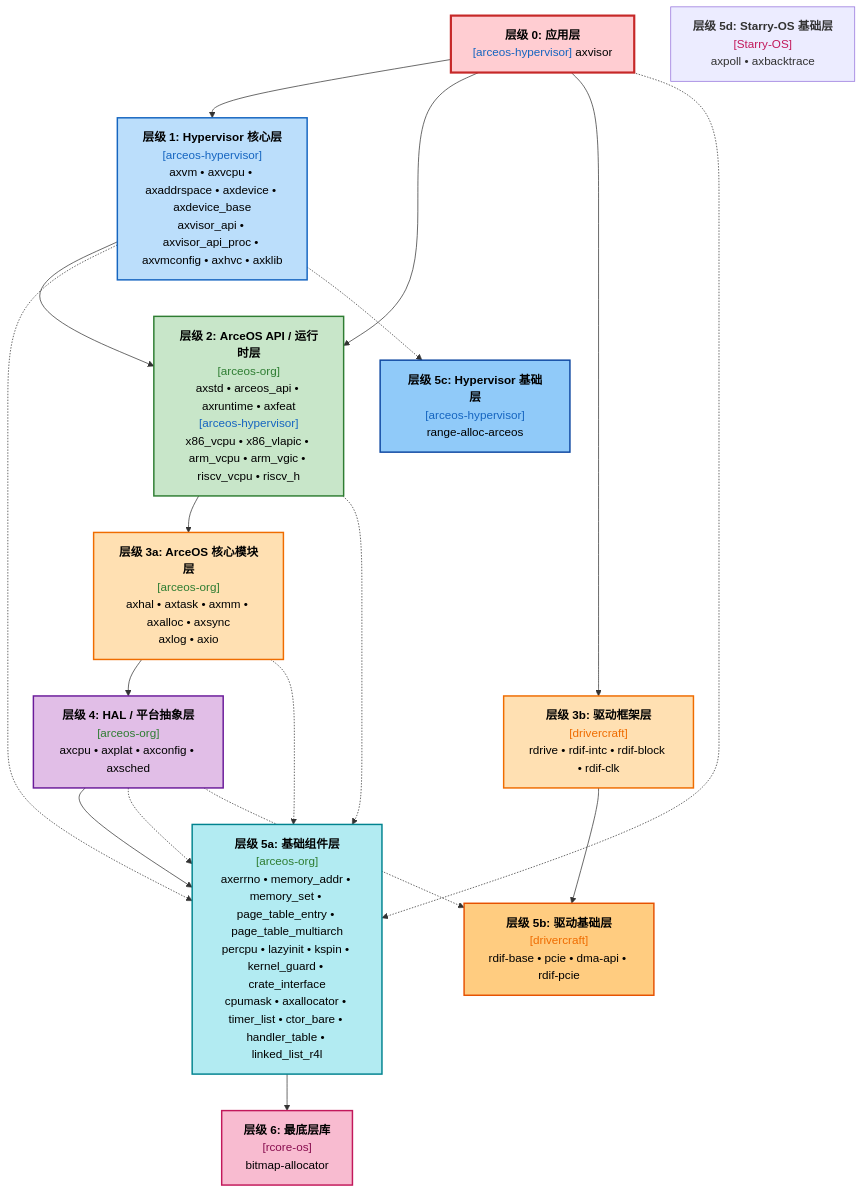
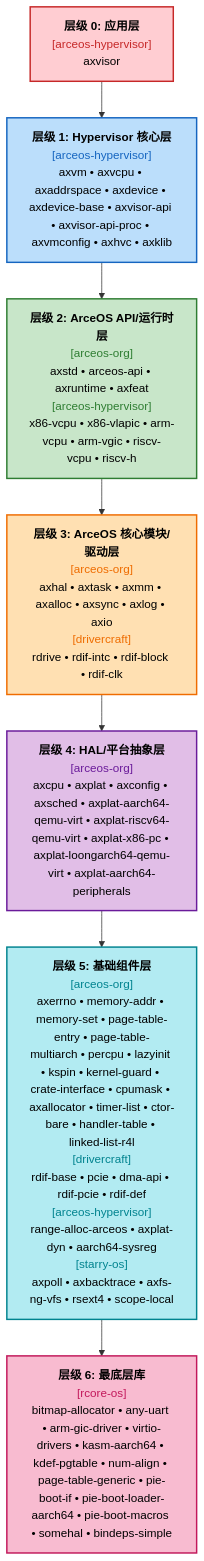
The second of 2 diagrams in docs/axvisor-dependency.md (arceos-hypervisor/axcrates), drawn with Mermaid before and after one commit. The commit also changed other lines of this file, not shown here.

````diff
--- a/docs/axvisor-dependency.md
+++ b/docs/axvisor-dependency.md
@@ -998,65 +626,32 @@
 ```mermaid
-flowchart TD
-    direction TB
-    
-    L0["<b>层级 0: 应用层</b><br/><font color='#1565c0'>[arceos-hypervisor]</font> axvisor"]
-    
-    L1["<b>层级 1: Hypervisor 核心层</b><br/><font color='#1565c0'>[arceos-hypervisor]</font><br/>axvm • axvcpu • axaddrspace • axdevice • axdevice_base<br/>axvisor_api • axvisor_api_proc • axvmconfig • axhvc • axklib"]
-    
-    L2["<b>层级 2: ArceOS API / 运行时层</b><br/><font color='#2e7d32'>[arceos-org]</font><br/>axstd • arceos_api • axruntime • axfeat<br/><font color='#1565c0'>[arceos-hypervisor]</font><br/>x86_vcpu • x86_vlapic • arm_vcpu • arm_vgic • riscv_vcpu • riscv_h"]
-    
-    L3A["<b>层级 3a: ArceOS 核心模块层</b><br/><font color='#2e7d32'>[arceos-org]</font><br/>axhal • axtask • axmm • axalloc • axsync<br/>axlog • axio"]
-    
-    L3B["<b>层级 3b: 驱动框架层</b><br/><font color='#ef6c00'>[drivercraft]</font><br/>rdrive • rdif-intc • rdif-block • rdif-clk"]
-    
-    L4["<b>层级 4: HAL / 平台抽象层</b><br/><font color='#2e7d32'>[arceos-org]</font><br/>axcpu • axplat • axconfig • axsched"]
-    
-    L5A["<b>层级 5a: 基础组件层</b><br/><font color='#2e7d32'>[arceos-org]</font><br/>axerrno • memory_addr • memory_set • page_table_entry • page_table_multiarch<br/>percpu • lazyinit • kspin • kernel_guard • crate_interface<br/>cpumask • axallocator • timer_list • ctor_bare • handler_table • linked_list_r4l"]
-    
-    L5B["<b>层级 5b: 驱动基础层</b><br/><font color='#ef6c00'>[drivercraft]</font><br/>rdif-base • pcie • dma-api • rdif-pcie"]
-    
-    L5C["<b>层级 5c: Hypervisor 基础层</b><br/><font color='#1565c0'>[arceos-hypervisor]</font><br/>range-alloc-arceos"]
-    
-    L5D["<b>层级 5d: Starry-OS 基础层</b><br/><font color='#c2185b'>[Starry-OS]</font><br/>axpoll • axbacktrace"]
-    
-    L6["<b>层级 6: 最底层库</b><br/><font color='#880e4f'>[rcore-os]</font><br/>bitmap-allocator"]
+flowchart TB
+    L0["<b>层级 0: 应用层</b><br/><font color="#c62828">[arceos-hypervisor]</font><br/>axvisor"]
+    L1["<b>层级 1: Hypervisor 核心层</b><br/><font color="#1565c0">[arceos-hypervisor]</font><br/>axvm • axvcpu • axaddrspace • axdevice • axdevice-base • axvisor-api • axvisor-api-proc • axvmconfig • axhvc • axklib"]
+    L2["<b>层级 2: ArceOS API/运行时层</b><br/><font color="#2e7d32">[arceos-org]</font><br/>axstd • arceos-api • axruntime • axfeat<br/><font color="#2e7d32">[arceos-hypervisor]</font><br/>x86-vcpu • x86-vlapic • arm-vcpu • arm-vgic • riscv-vcpu • riscv-h"]
+    L3["<b>层级 3: ArceOS 核心模块/驱动层</b><br/><font color="#ef6c00">[arceos-org]</font><br/>axhal • axtask • axmm • axalloc • axsync • axlog • axio<br/><font color="#ef6c00">[drivercraft]</font><br/>rdrive • rdif-intc • rdif-block • rdif-clk"]
+    L4["<b>层级 4: HAL/平台抽象层</b><br/><font color="#6a1b9a">[arceos-org]</font><br/>axcpu • axplat • axconfig • axsched • axplat-aarch64-qemu-virt • axplat-riscv64-qemu-virt • axplat-x86-pc • axplat-loongarch64-qemu-virt • axplat-aarch64-peripherals"]
+    L5["<b>层级 5: 基础组件层</b><br/><font color="#00838f">[arceos-org]</font><br/>axerrno • memory-addr • memory-set • page-table-entry • page-table-multiarch • percpu • lazyinit • kspin • kernel-guard • crate-interface • cpumask • axallocator • timer-list • ctor-bare • handler-table • linked-list-r4l<br/><font color="#00838f">[drivercraft]</font><br/>rdif-base • pcie • dma-api • rdif-pcie • rdif-def<br/><font color="#00838f">[arceos-hypervisor]</font><br/>range-alloc-arceos • axplat-dyn • aarch64-sysreg<br/><font color="#00838f">[starry-os]</font><br/>axpoll • axbacktrace • axfs-ng-vfs • rsext4 • scope-local"]
+    L6["<b>层级 6: 最底层库</b><br/><font color="#c2185b">[rcore-os]</font><br/>bitmap-allocator • any-uart • arm-gic-driver • virtio-drivers • kasm-aarch64 • kdef-pgtable • num-align • page-table-generic • pie-boot-if • pie-boot-loader-aarch64 • pie-boot-macros • somehal • bindeps-simple"]
 
     L0 --> L1
-    L0 --> L2
-    L0 --> L3B
     L1 --> L2
-    L2 --> L3A
-    L3A --> L4
-    L4 --> L5A
-    L5A --> L6
-    L3B --> L5B
-    
-    %% 跨层依赖
-    L0 -.-> L5A
-    L1 -.-> L5A
-    L1 -.-> L5C
-    L2 -.-> L5A
-    L3A -.-> L5A
-    L4 -.-> L5A
-    L4 -.-> L5B
+    L2 --> L3
+    L3 --> L4
+    L4 --> L5
+    L5 --> L6
 
-    classDef l0 fill:#ffcdd2,stroke:#c62828,stroke-width:3px,color:#000
+    classDef l0 fill:#ffcdd2,stroke:#c62828,stroke-width:2px,color:#000
+    class L0 l0
     classDef l1 fill:#bbdefb,stroke:#1565c0,stroke-width:2px,color:#000
+    class L1 l1
     classDef l2 fill:#c8e6c9,stroke:#2e7d32,stroke-width:2px,color:#000
+    class L2 l2
     classDef l3 fill:#ffe0b2,stroke:#ef6c00,stroke-width:2px,color:#000
+    class L3 l3
     classDef l4 fill:#e1bee7,stroke:#6a1b9a,stroke-width:2px,color:#000
+    class L4 l4
     classDef l5 fill:#b2ebf2,stroke:#00838f,stroke-width:2px,color:#000
-    classDef l5b fill:#ffcc80,stroke:#e65100,stroke-width:2px,color:#000
-    classDef l5c fill:#90caf9,stroke:#0d47a1,stroke-width:2px,color:#000
+    class L5 l5
     classDef l6 fill:#f8bbd0,stroke:#c2185b,stroke-width:2px,color:#000
-
-    class L0 l0
-    class L1 l1
-    class L2 l2
-    class L3A,L3B l3
-    class L4 l4
-    class L5A l5
-    class L5B l5b
-    class L5C l5c
     class L6 l6
 ```
````
